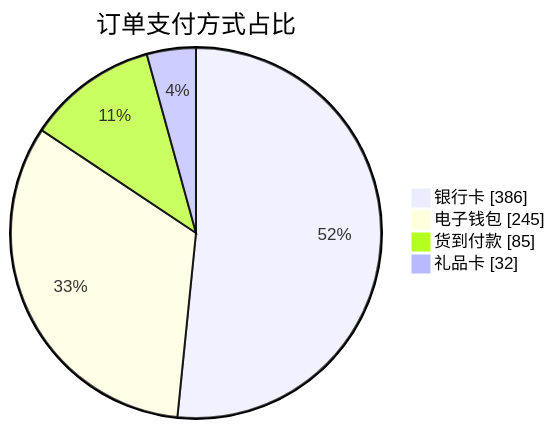
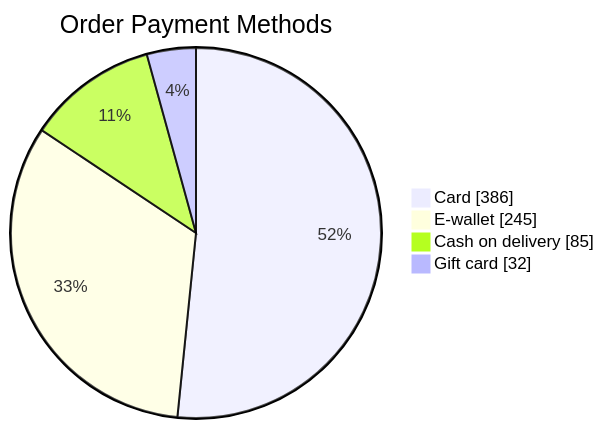
One commit to hanxiaomax/tweakpele changed the diagram in diagrams/pie.mmd. Above: the diagram before and after it, drawn with Mermaid. The commit also changed 46 other files, not shown here.

```diff
--- a/diagrams/pie.mmd
+++ b/diagrams/pie.mmd
@@ -1,6 +1,6 @@
 pie showData
-  title 订单支付方式占比
-  "银行卡" : 386
-  "电子钱包" : 245
-  "货到付款" : 85
-  "礼品卡" : 32
+  title Order Payment Methods
+  "Card" : 386
+  "E-wallet" : 245
+  "Cash on delivery" : 85
+  "Gift card" : 32
```
